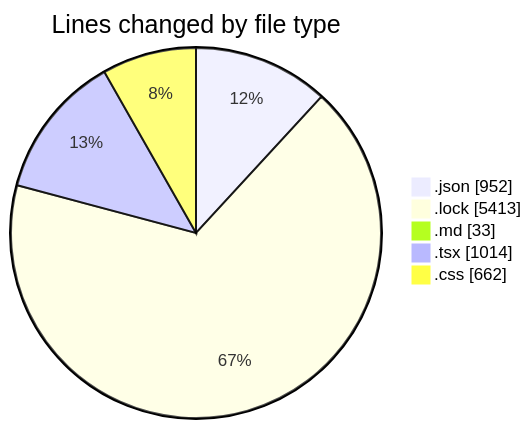
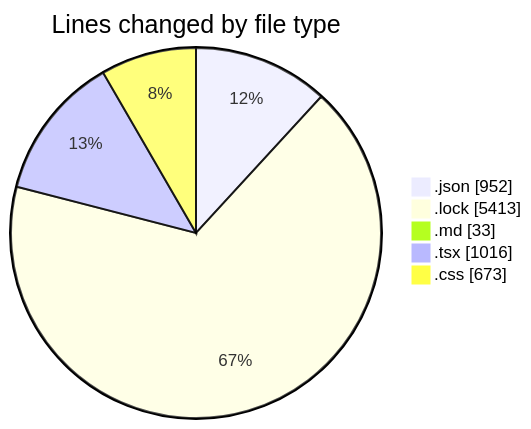
Before and after one commit to EIIisD/code-tracking: the first of 2 diagrams in 2025-08-11/ribbon/README.md, drawn with Mermaid. The commit also changed other lines of this file and 1 other file, not shown here.

````diff
--- a/2025-08-11/ribbon/README.md
+++ b/2025-08-11/ribbon/README.md
@@ -37,9 +37,9 @@
 ```mermaid
 pie showData
 title Lines changed by file type
 ".json" : 952
 ".lock" : 5413
 ".md" : 33
-".tsx" : 1014
-".css" : 662
+".tsx" : 1016
+".css" : 673
 ```
````
